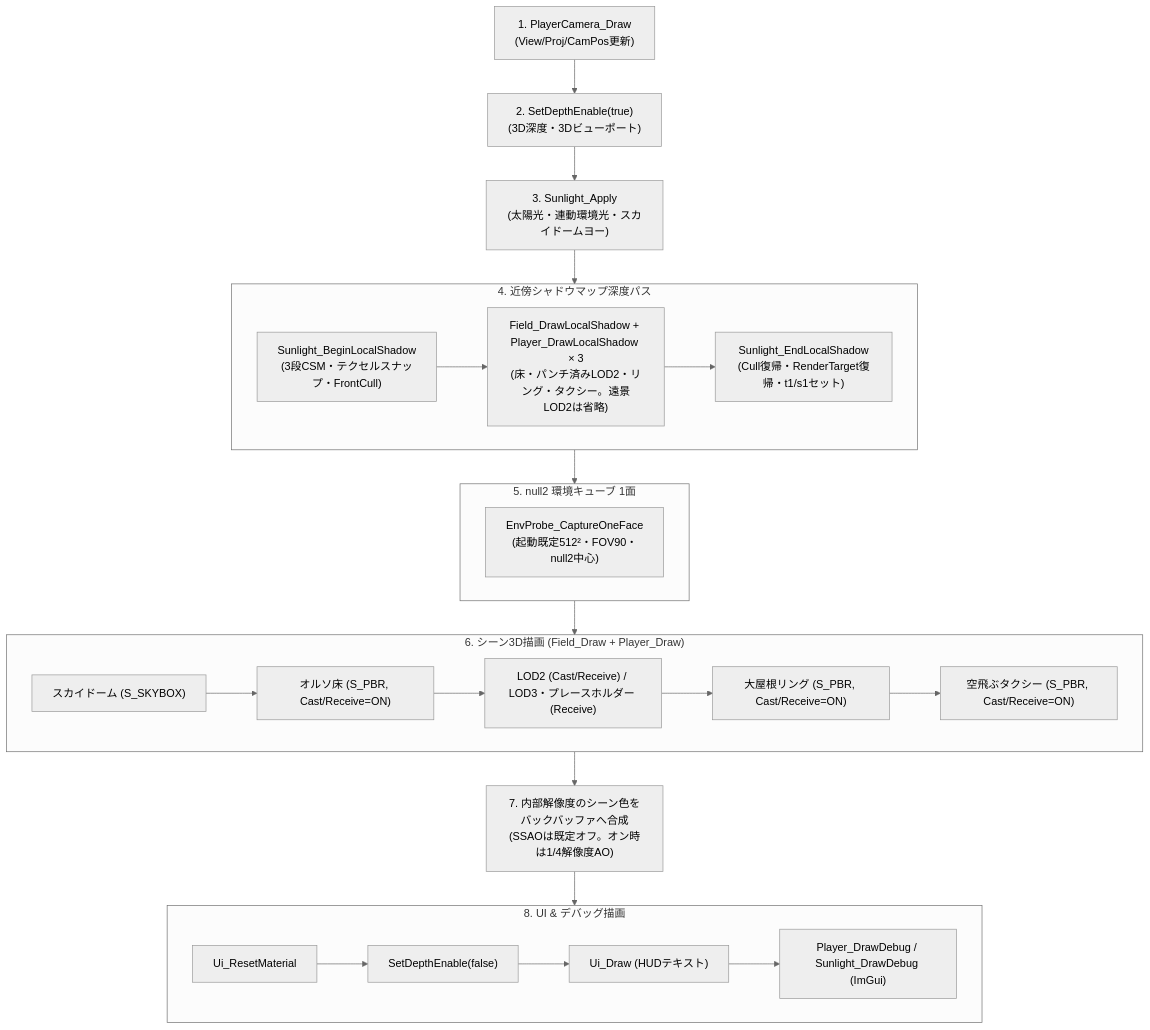
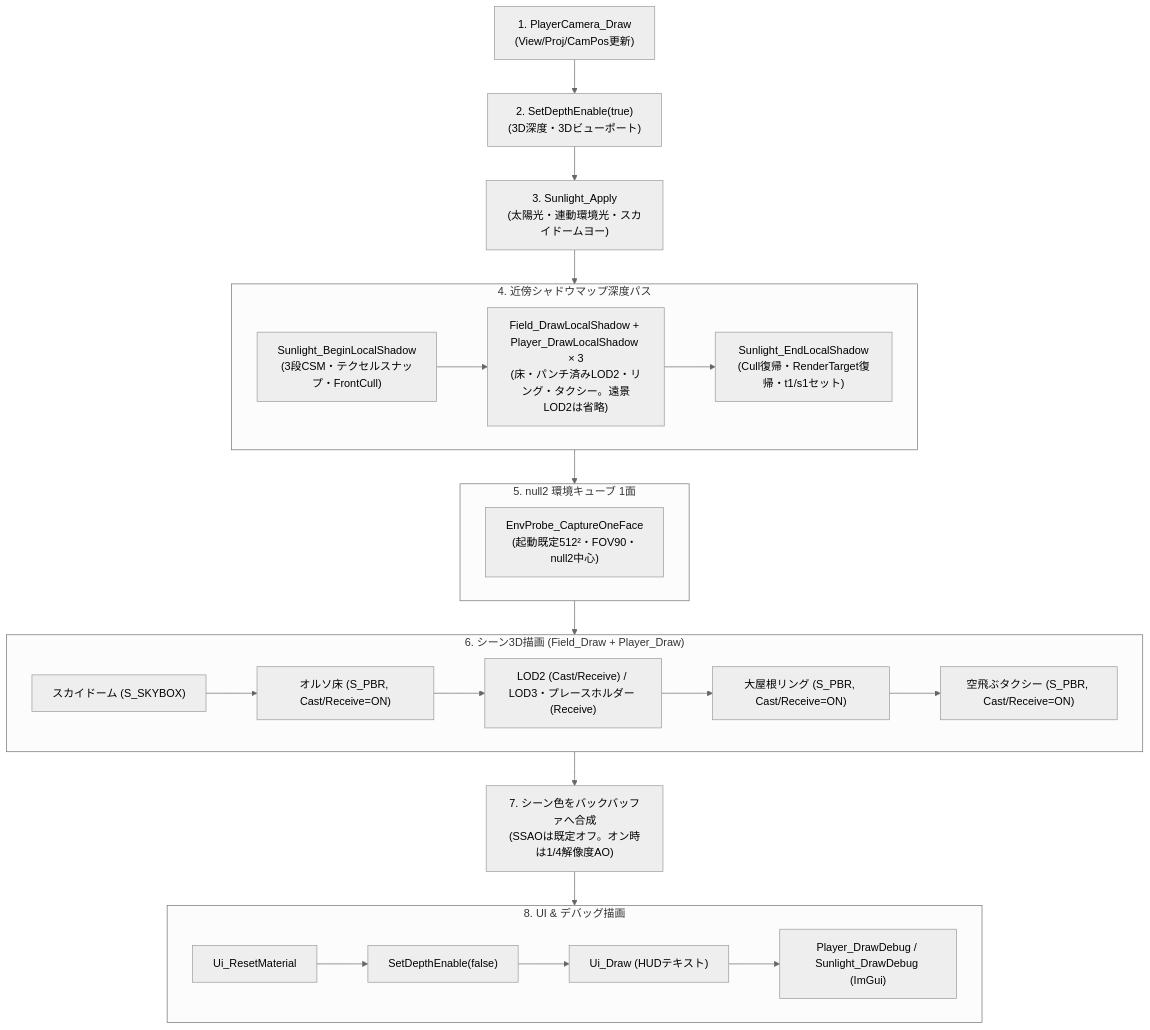
The first of 2 diagrams in document_game/rendering_and_lighting.md (realryo1/E_X_P_O), drawn with Mermaid (neutral theme) before and after one commit. The commit also changed other lines of this file and 6 other files, not shown here.

````diff
--- a/document_game/rendering_and_lighting.md
+++ b/document_game/rendering_and_lighting.md
@@ -15,33 +15,33 @@
 ```mermaid
 flowchart TD
   cameraDraw["1. PlayerCamera_Draw<br>(View/Proj/CamPos更新)"]
   depthEnable["2. SetDepthEnable(true)<br>(3D深度・3Dビューポート)"]
   sunlightApply["3. Sunlight_Apply<br>(太陽光・連動環境光・スカイドームヨー)"]
   subgraph shadowPass ["4. 近傍シャドウマップ深度パス"]
     shadowBegin["Sunlight_BeginLocalShadow<br>(3段CSM・テクセルスナップ・FrontCull)"]
     shadowDraw["Field_DrawLocalShadow + Player_DrawLocalShadow × 3<br>(床・パンチ済みLOD2・リング・タクシー。遠景LOD2は省略)"]
     shadowEnd["Sunlight_EndLocalShadow<br>(Cull復帰・RenderTarget復帰・t1/s1セット)"]
     shadowBegin --> shadowDraw --> shadowEnd
   end
   subgraph probePass ["5. null2 環境キューブ 1面"]
     probeCapture["EnvProbe_CaptureOneFace<br>(起動既定512²・FOV90・null2中心)"]
   end
   subgraph mainPass ["6. シーン3D描画 (Field_Draw + Player_Draw)"]
     skyboxDraw["スカイドーム (S_SKYBOX)"]
     floorDraw["オルソ床 (S_PBR, Cast/Receive=ON)"]
     tileDraw["LOD2 (Cast/Receive) / LOD3・プレースホルダー (Receive)"]
     ringDraw["大屋根リング (S_PBR, Cast/Receive=ON)"]
     taxiDraw["空飛ぶタクシー (S_PBR, Cast/Receive=ON)"]
     skyboxDraw --> floorDraw --> tileDraw --> ringDraw --> taxiDraw
   end
-  ssaoPass["7. 内部解像度のシーン色をバックバッファへ合成<br>(SSAOは既定オフ。オン時は1/4解像度AO)"]
+  ssaoPass["7. シーン色をバックバッファへ合成<br>(SSAOは既定オフ。オン時は1/4解像度AO)"]
   subgraph uiPass ["8. UI & デバッグ描画"]
     uiReset["Ui_ResetMaterial"]
     depthDisable["SetDepthEnable(false)"]
     uiDraw["Ui_Draw (HUDテキスト)"]
     debugDraw["Player_DrawDebug / Sunlight_DrawDebug (ImGui)"]
     uiReset --> depthDisable --> uiDraw --> debugDraw
   end
 
   cameraDraw --> depthEnable --> sunlightApply --> shadowPass --> probePass --> mainPass --> ssaoPass --> uiPass
 ```
````
